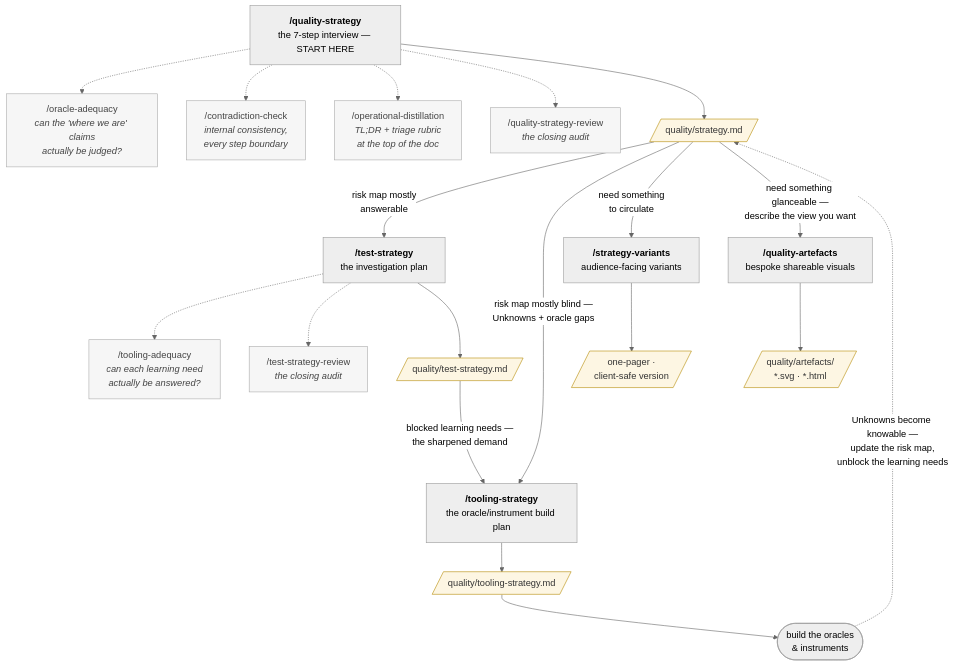
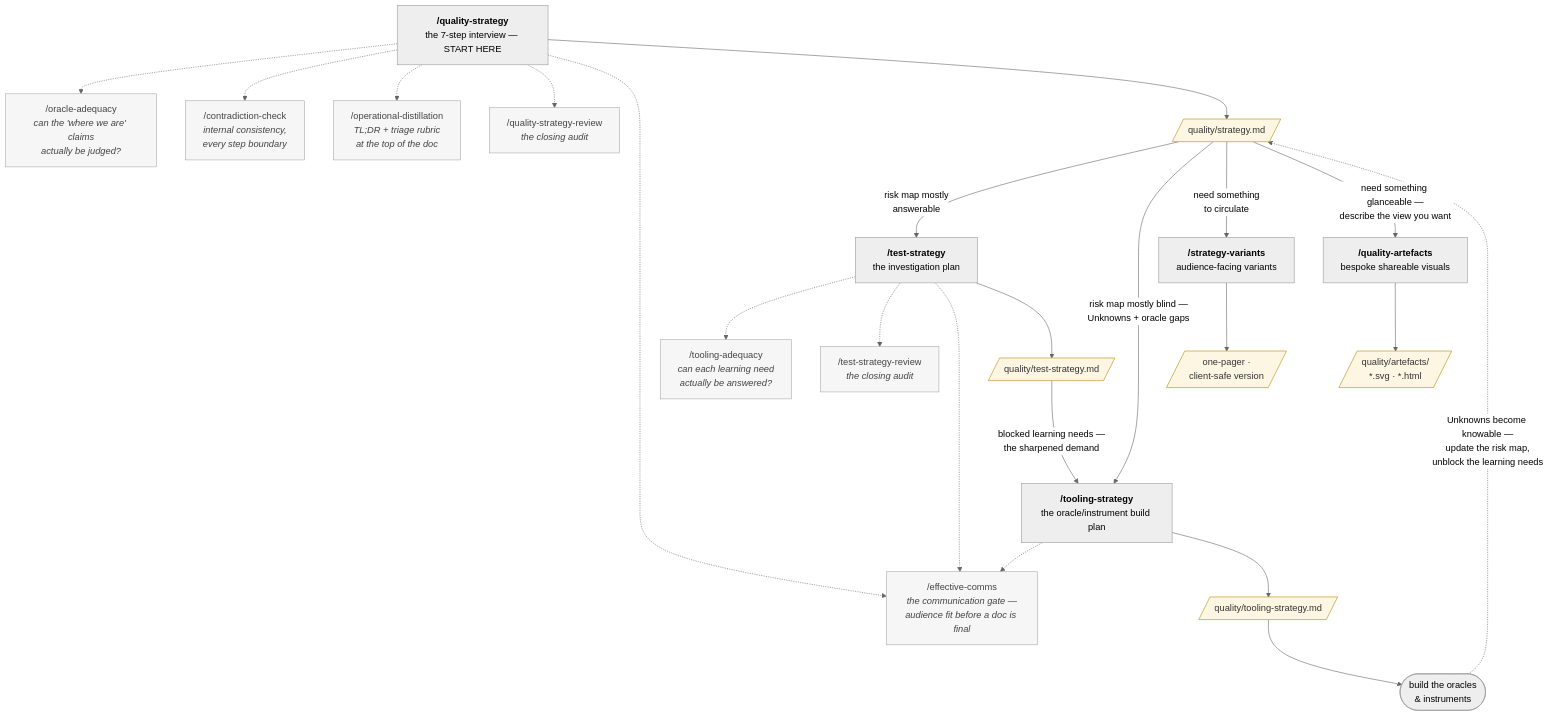
The diagram in README.md (tollens-ai/quality-strategy-skills), drawn with Mermaid (neutral theme) before and after one commit. The commit also changed other lines of this file and 9 other files, not shown here.

First line of the commit message:
Integrate Effective Comms into QSS

````diff
--- a/README.md
+++ b/README.md
@@ -45,48 +53,52 @@
 ```mermaid
 flowchart TD
     QS["<b>/quality-strategy</b><br/>the 7-step interview — START HERE"]
     OA["/oracle-adequacy<br/><i>can the 'where we are' claims<br/>actually be judged?</i>"]
     CC["/contradiction-check<br/><i>internal consistency,<br/>every step boundary</i>"]
     OD["/operational-distillation<br/><i>TL;DR + triage rubric<br/>at the top of the doc</i>"]
     QSR["/quality-strategy-review<br/><i>the closing audit</i>"]
+    EC["/effective-comms<br/><i>the communication gate —<br/>audience fit before a doc is final</i>"]
     SDOC[/"quality/strategy.md"/]
     TS["<b>/test-strategy</b><br/>the investigation plan"]
     TA["/tooling-adequacy<br/><i>can each learning need<br/>actually be answered?</i>"]
     TSR["/test-strategy-review<br/><i>the closing audit</i>"]
     TDOC[/"quality/test-strategy.md"/]
     TOOL["<b>/tooling-strategy</b><br/>the oracle/instrument build plan"]
     ODOC[/"quality/tooling-strategy.md"/]
     SV["<b>/strategy-variants</b><br/>audience-facing variants"]
     VDOC[/"one-pager ·<br/>client-safe version"/]
     QA["<b>/quality-artefacts</b><br/>bespoke shareable visuals"]
     ADOC[/"quality/artefacts/<br/>*.svg · *.html"/]
     BUILD(["build the oracles<br/>& instruments"])
 
     QS -.-> OA
     QS -.-> CC
     QS -.-> OD
     QS -.-> QSR
+    QS -.-> EC
     QS --> SDOC
 
     SDOC -->|"risk map mostly<br/>answerable"| TS
     SDOC -->|"risk map mostly blind —<br/>Unknowns + oracle gaps"| TOOL
     SDOC -->|"need something<br/>to circulate"| SV
     SDOC -->|"need something glanceable —<br/>describe the view you want"| QA
 
     TS -.-> TA
     TS -.-> TSR
+    TS -.-> EC
     TS --> TDOC
     TDOC -->|"blocked learning needs —<br/>the sharpened demand"| TOOL
 
+    TOOL -.-> EC
     TOOL --> ODOC
     ODOC --> BUILD
     BUILD -.->|"Unknowns become knowable —<br/>update the risk map,<br/>unblock the learning needs"| SDOC
 
     SV --> VDOC
     QA --> ADOC
 
     classDef sub fill:#f6f6f6,stroke:#aaaaaa,color:#444444
-    class OA,CC,OD,QSR,TA,TSR sub
+    class OA,CC,OD,QSR,TA,TSR,EC sub
     classDef doc fill:#fdf6e3,stroke:#b58900,color:#333333
     class SDOC,TDOC,ODOC,VDOC,ADOC doc
 ```
````
